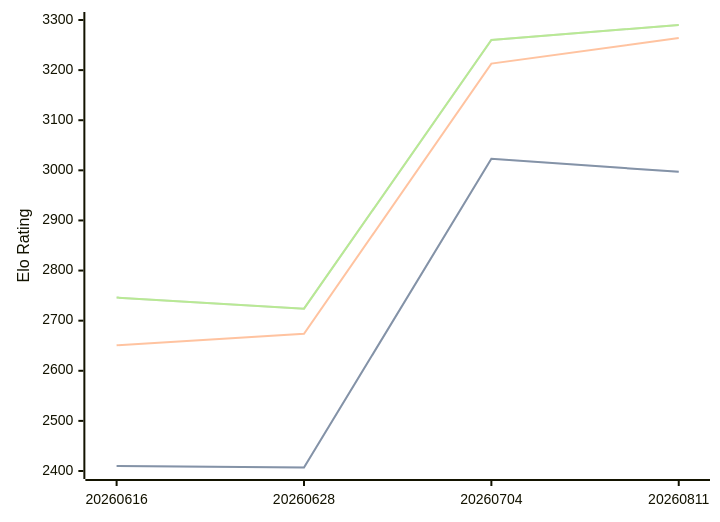
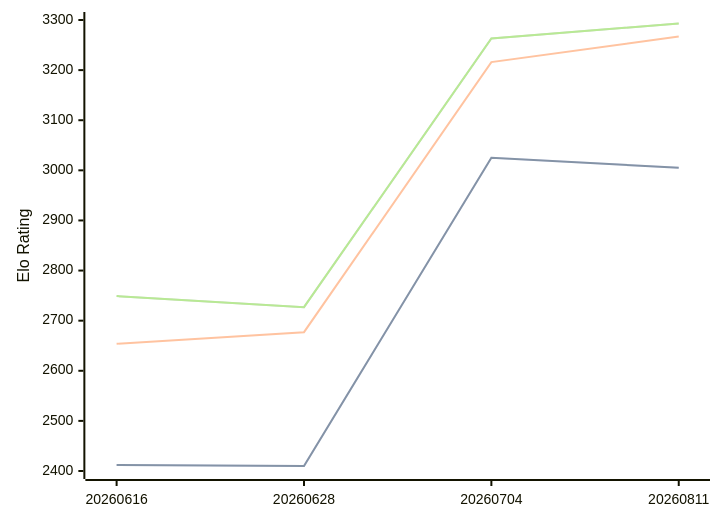
Before and after one commit to computer-chess-index/cci: the diagram in engines/Askaig.md, drawn with Mermaid. The commit also changed other lines of this file, not shown here.

Commit message:
Update CCI Ratings (ELO VLTC) - 2026-09-24

````diff
--- a/engines/Askaig.md
+++ b/engines/Askaig.md
@@ -36,11 +36,11 @@
 ```mermaid
 %%{init: {"theme":"base","themeVariables":{"seriesColors:['#a3a3a3','#222221','#faa371']}}}%%
 xychart-beta
   x-axis ["20260616", "20260628", "20260704", "20260811"]
   y-axis "Elo Rating" 2400 --> 3300
-  line "" [2410, 2407, 3023, 2997]
-  line "STC (8.0+0.08s)" [2410, 2407, 3023, 2997]
-  line "LTC (60.0+0.60s)" [2651, 2674, 3213, 3264]
-  line "" [2746, 2724, 3260, 3290]
-  line "VLTC (2m24s+1.12s)" [2746, 2724, 3260, 3290]
+  line "" [2412, 2410, 3025, 3005]
+  line "STC (8.0+0.08s)" [2412, 2410, 3025, 3005]
+  line "LTC (60.0+0.60s)" [2654, 2677, 3216, 3267]
+  line "" [2749, 2727, 3263, 3293]
+  line "VLTC (2m24s+1.12s)" [2749, 2727, 3263, 3293]
 ```
````
